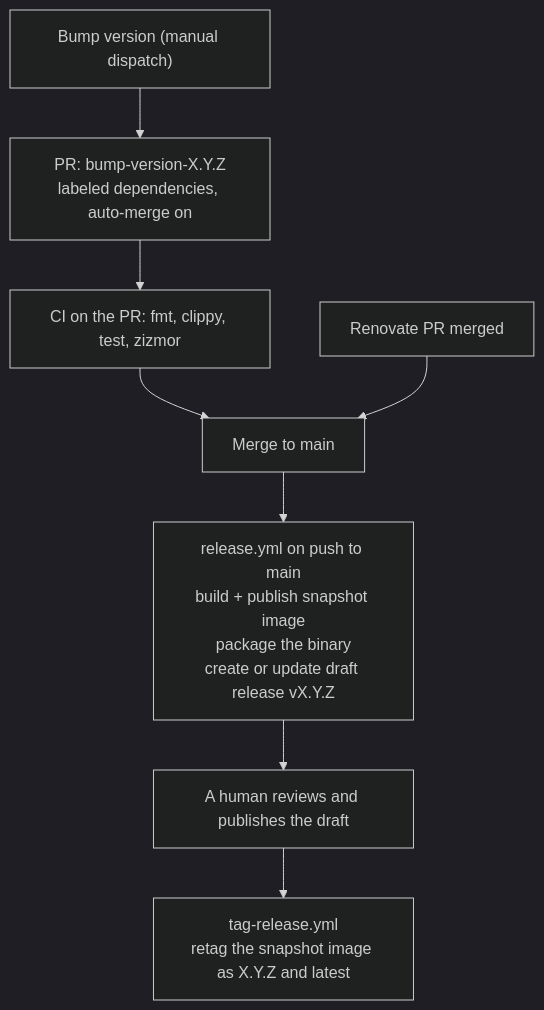
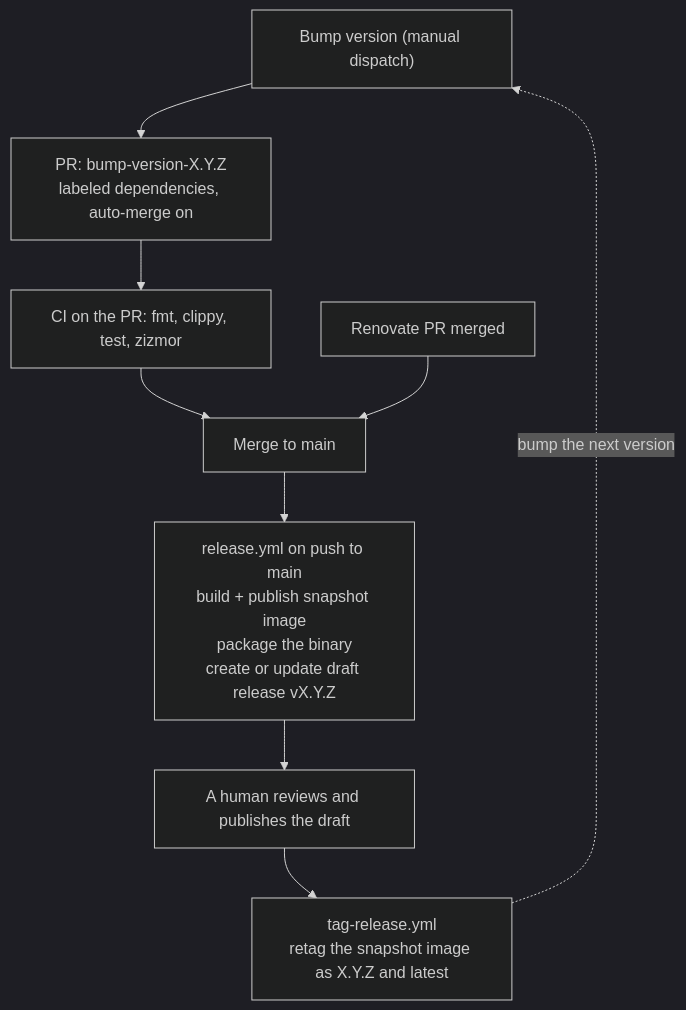
One commit to dmikusa/calendar-proxy changed the diagram in docs/ci.md. Above: the diagram before and after it, drawn with Mermaid (dark theme). The commit also changed other lines of this file, not shown here.

First line of the commit message:
docs: clarify the bump runs before the release, in the cycle between two

````diff
--- a/docs/ci.md
+++ b/docs/ci.md
@@ -101,10 +121,11 @@
 ```mermaid
 graph TD
     BUMP["Bump version (manual dispatch)"] --> PR["PR: bump-version-X.Y.Z<br/>labeled dependencies, auto-merge on"]
     PR --> CI["CI on the PR: fmt, clippy, test, zizmor"]
     CI --> MERGE["Merge to main"]
     REN["Renovate PR merged"] --> MERGE
     MERGE --> REL["release.yml on push to main<br/>build + publish snapshot image<br/>package the binary<br/>create or update draft release vX.Y.Z"]
     REL --> PUB["A human reviews and publishes the draft"]
     PUB --> TAG["tag-release.yml<br/>retag the snapshot image as X.Y.Z and latest"]
+    TAG -.->|"bump the next version"| BUMP
 ```
````
